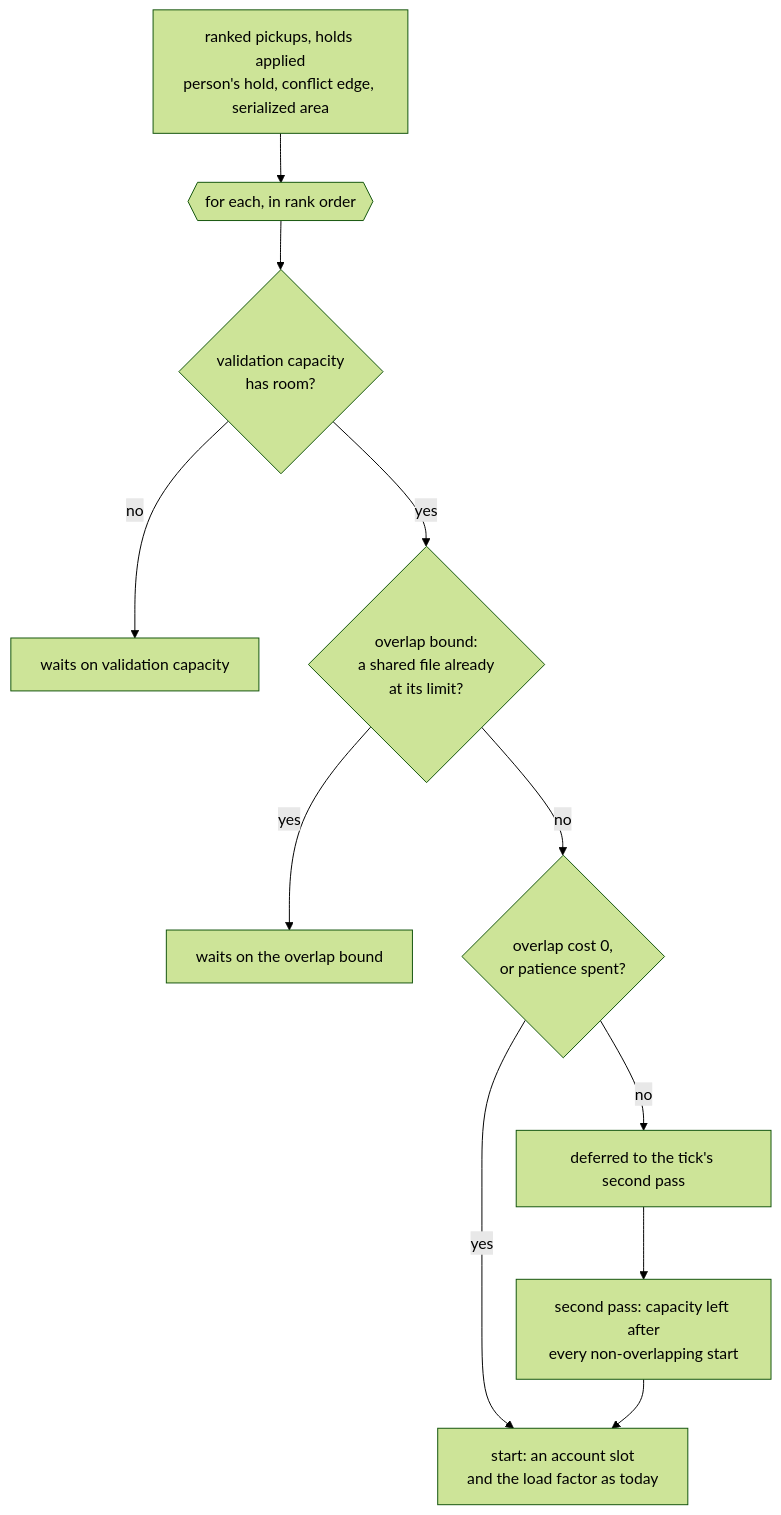
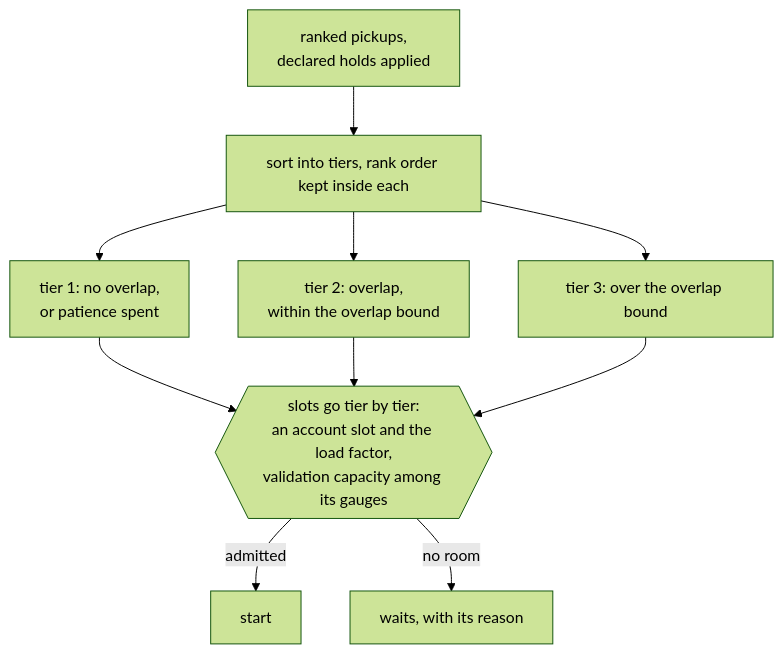
One commit to jig-harness/jig changed the diagram in design/overlap-aware-admission.md. Above: the diagram before and after it, drawn with Mermaid (forest theme). The commit also changed other lines of this file and 3 other files, not shown here.

First line of the commit message:
docs(design): overlap only orders admission, and capacity counts runs ahead

````diff
--- a/design/overlap-aware-admission.md
+++ b/design/overlap-aware-admission.md
@@ -39,12 +39,10 @@
 ```mermaid
 flowchart TD
-  Q[ranked pickups, holds applied<br/>person's hold, conflict edge, serialized area] --> C{{for each, in rank order}}
-  C --> V{validation capacity<br/>has room?}
-  V -->|no| WV[waits on validation capacity]
-  V -->|yes| B{overlap bound:<br/>a shared file already<br/>at its limit?}
-  B -->|yes| WB[waits on the overlap bound]
-  B -->|no| O{overlap cost 0,<br/>or patience spent?}
-  O -->|yes| S[start: an account slot<br/>and the load factor as today]
-  O -->|no| D[deferred to the tick's second pass]
-  D --> P[second pass: capacity left after<br/>every non-overlapping start] --> S
+  Q[ranked pickups,<br/>declared holds applied] --> T[sort into tiers, rank order kept inside each]
+  T --> T1[tier 1: no overlap,<br/>or patience spent]
+  T --> T2[tier 2: overlap,<br/>within the overlap bound]
+  T --> T3[tier 3: over the overlap bound]
+  T1 & T2 & T3 --> S{{slots go tier by tier:<br/>an account slot and the load factor,<br/>validation capacity among its gauges}}
+  S -->|admitted| L[start]
+  S -->|no room| W[waits, with its reason]
 ```
````
